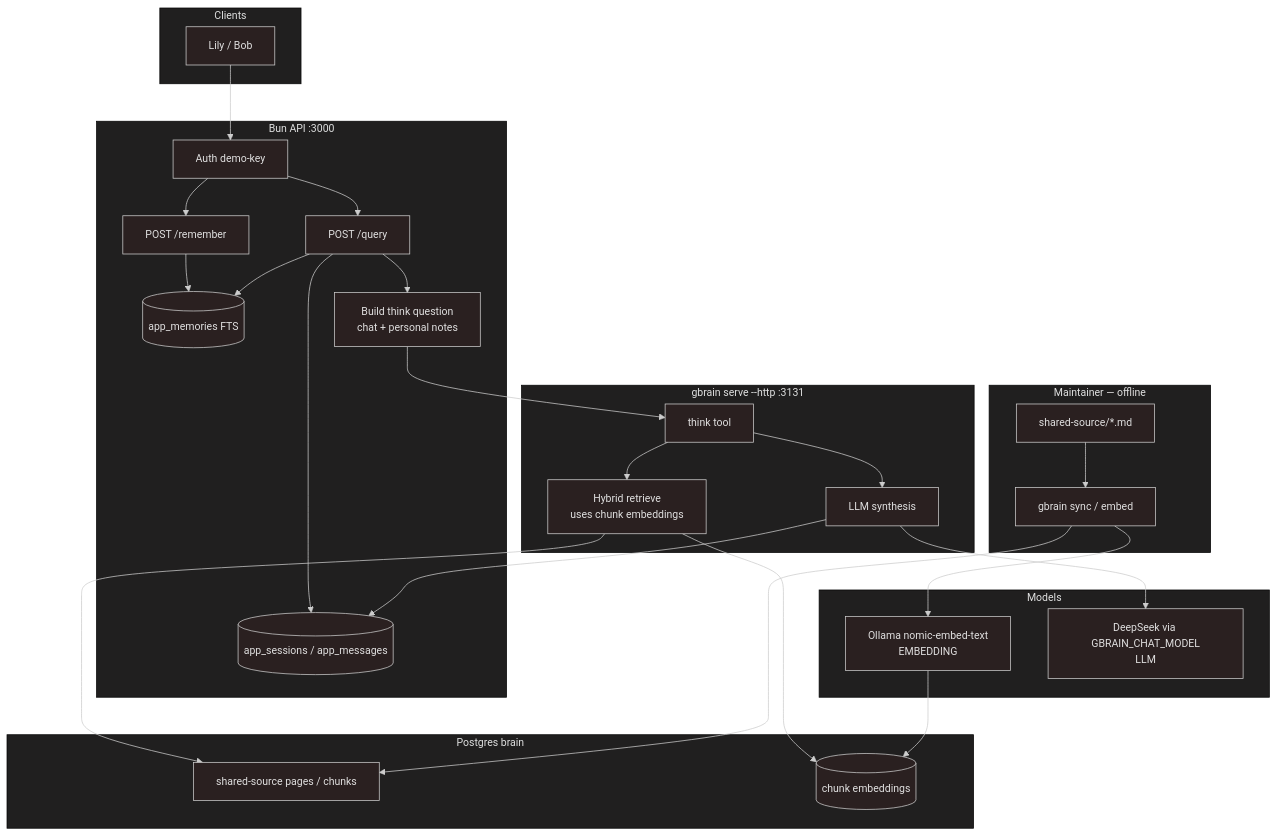
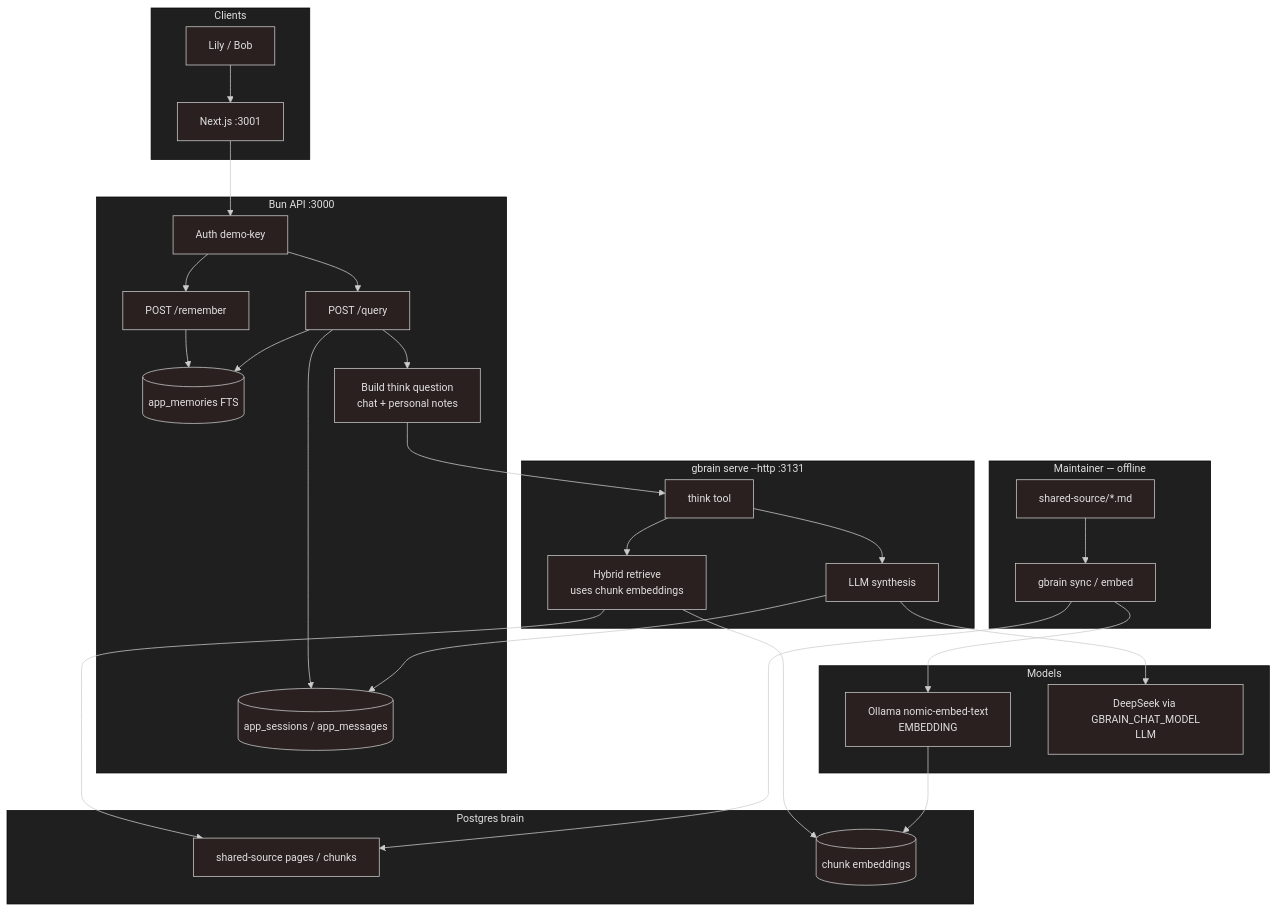
Before and after one commit to kyung-lee-official/gbrain-sandbox: the diagram in README.md, drawn with Mermaid. The commit also changed other lines of this file and 23 other files, not shown here.

````diff
--- a/README.md
+++ b/README.md
@@ -30,60 +31,62 @@
 ```mermaid
 %%{init: {'theme': 'neo-dark'}}%%
 flowchart TB
   subgraph clients [Clients]
+    Web[Next.js :3001]
     Lily[Lily / Bob]
   end
 
   subgraph bun [Bun API :3000]
     Auth[Auth demo-key]
     Remember["POST /remember"]
     Query["POST /query"]
     Mem[(app_memories FTS)]
     Chat[(app_sessions / app_messages)]
     Build[Build think question<br/>chat + personal notes]
   end
 
   subgraph maintainer [Maintainer — offline]
     MD[shared-source/*.md]
     Sync["gbrain sync / embed"]
   end
 
   subgraph gbrain [gbrain serve --http :3131]
     Think[think tool]
     Retrieve[Hybrid retrieve<br/>uses chunk embeddings]
     Synth[LLM synthesis]
   end
 
   subgraph models [Models]
     Ollama["Ollama nomic-embed-text<br/>EMBEDDING"]
     DeepSeek["DeepSeek via GBRAIN_CHAT_MODEL<br/>LLM"]
   end
 
   subgraph store [Postgres brain]
     Pages[shared-source pages / chunks]
     Embs[(chunk embeddings)]
   end
 
-  Lily --> Auth
+  Lily --> Web
+  Web --> Auth
   Auth --> Remember
   Auth --> Query
 
   Remember --> Mem
 
   Query --> Chat
   Query --> Mem
   Query --> Build
   Build --> Think
 
   Think --> Retrieve
   Retrieve --> Pages
   Retrieve --> Embs
   Think --> Synth
   Synth --> DeepSeek
   Synth --> Chat
 
   MD --> Sync
   Sync --> Pages
   Sync --> Ollama
   Ollama --> Embs
 ```
````
